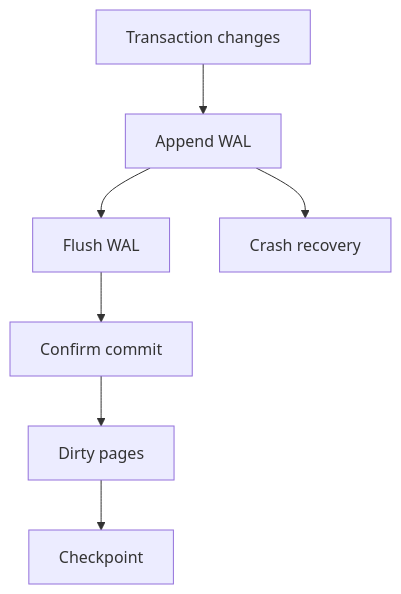
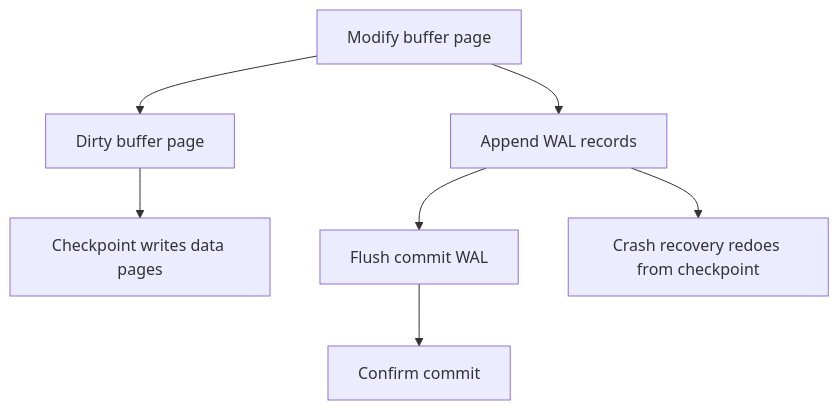
Before and after one commit to lu-xury/agent-backend-textbook: the diagram in app/book/chapter05.md, drawn with Mermaid. The commit also changed other lines of this file and 17 other files, not shown here.

First line of the commit message:
审核全书概念、图表与伪代码

````diff
--- a/app/book/chapter05.md
+++ b/app/book/chapter05.md
@@ -249,9 +252,9 @@
 ```mermaid
 flowchart TD
-  Change["Transaction changes"] --> WAL["Append WAL"]
-  WAL --> Flush["Flush WAL"]
-  Flush --> Commit["Confirm commit"]
-  Commit --> Dirty["Dirty pages"]
-  Dirty --> Checkpoint
-  WAL --> Recovery["Crash recovery"]
+  Change["Modify buffer page"] --> Dirty["Dirty buffer page"]
+  Change --> WAL["Append WAL records"]
+  WAL --> Commit["Flush commit WAL"]
+  Commit --> Reply["Confirm commit"]
+  Dirty --> Checkpoint["Checkpoint writes data pages"]
+  WAL --> Recovery["Crash recovery redoes from checkpoint"]
 ```
````
